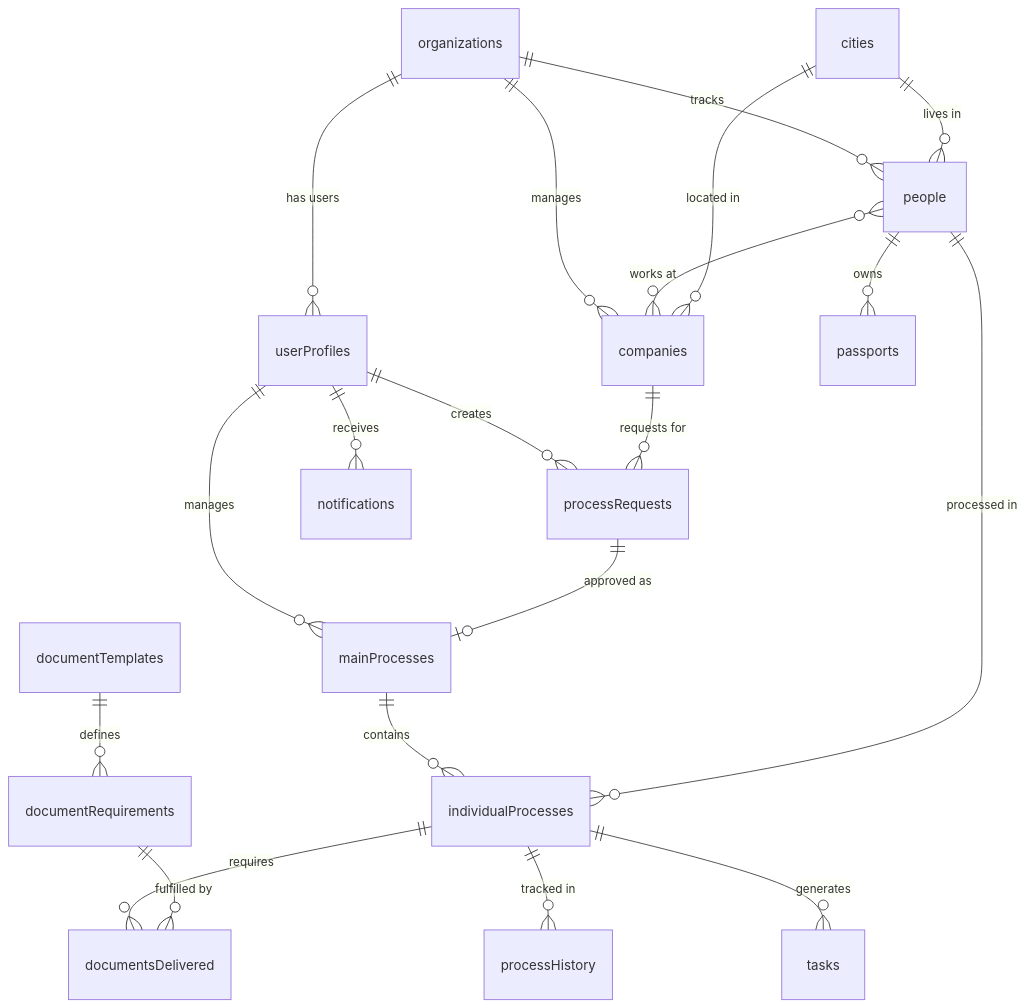
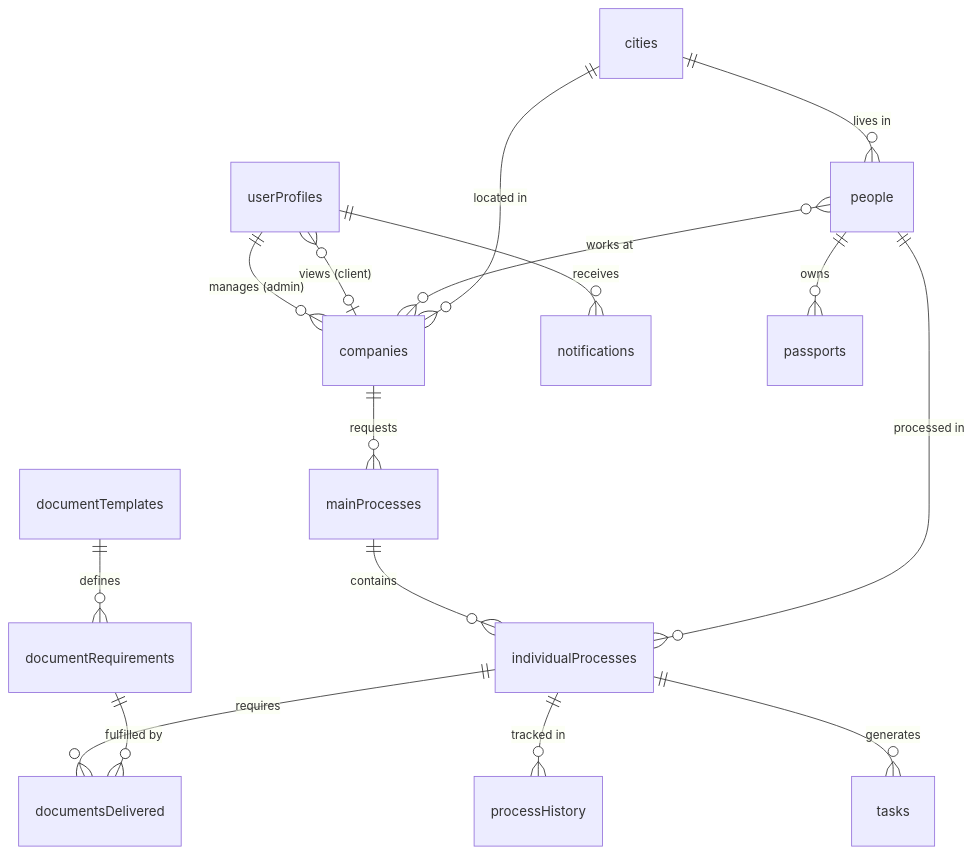
Before and after one commit to elberrd/casys4: the second of 2 diagrams in ai_docs/prd.md, drawn with Mermaid. The commit also changed other lines of this file and 151 other files, not shown here.

````diff
--- a/ai_docs/prd.md
+++ b/ai_docs/prd.md
@@ -550,33 +548,27 @@
 ```mermaid
 erDiagram
     %% Core relationships
-    organizations ||--o{ userProfiles : "has users"
-    organizations ||--o{ companies : "manages"
-    organizations ||--o{ people : "tracks"
-
-    %% User and request flow
-    userProfiles ||--o{ processRequests : "creates"
-    userProfiles ||--o{ mainProcesses : "manages"
-    companies ||--o{ processRequests : "requests for"
+    userProfiles ||--o{ companies : "manages (admin)"
+    userProfiles }o--o| companies : "views (client)"
 
     %% Process hierarchy
-    processRequests ||--o| mainProcesses : "approved as"
+    companies ||--o{ mainProcesses : "requests"
     mainProcesses ||--o{ individualProcesses : "contains"
     people ||--o{ individualProcesses : "processed in"
 
     %% Document management
     documentTemplates ||--o{ documentRequirements : "defines"
     individualProcesses ||--o{ documentsDelivered : "requires"
     documentRequirements ||--o{ documentsDelivered : "fulfilled by"
 
     %% Tracking
     individualProcesses ||--o{ processHistory : "tracked in"
     individualProcesses ||--o{ tasks : "generates"
     userProfiles ||--o{ notifications : "receives"
 
     %% Support data
     people ||--o{ passports : "owns"
     people }o--o{ companies : "works at"
     cities ||--o{ companies : "located in"
     cities ||--o{ people : "lives in"
 ```
````
